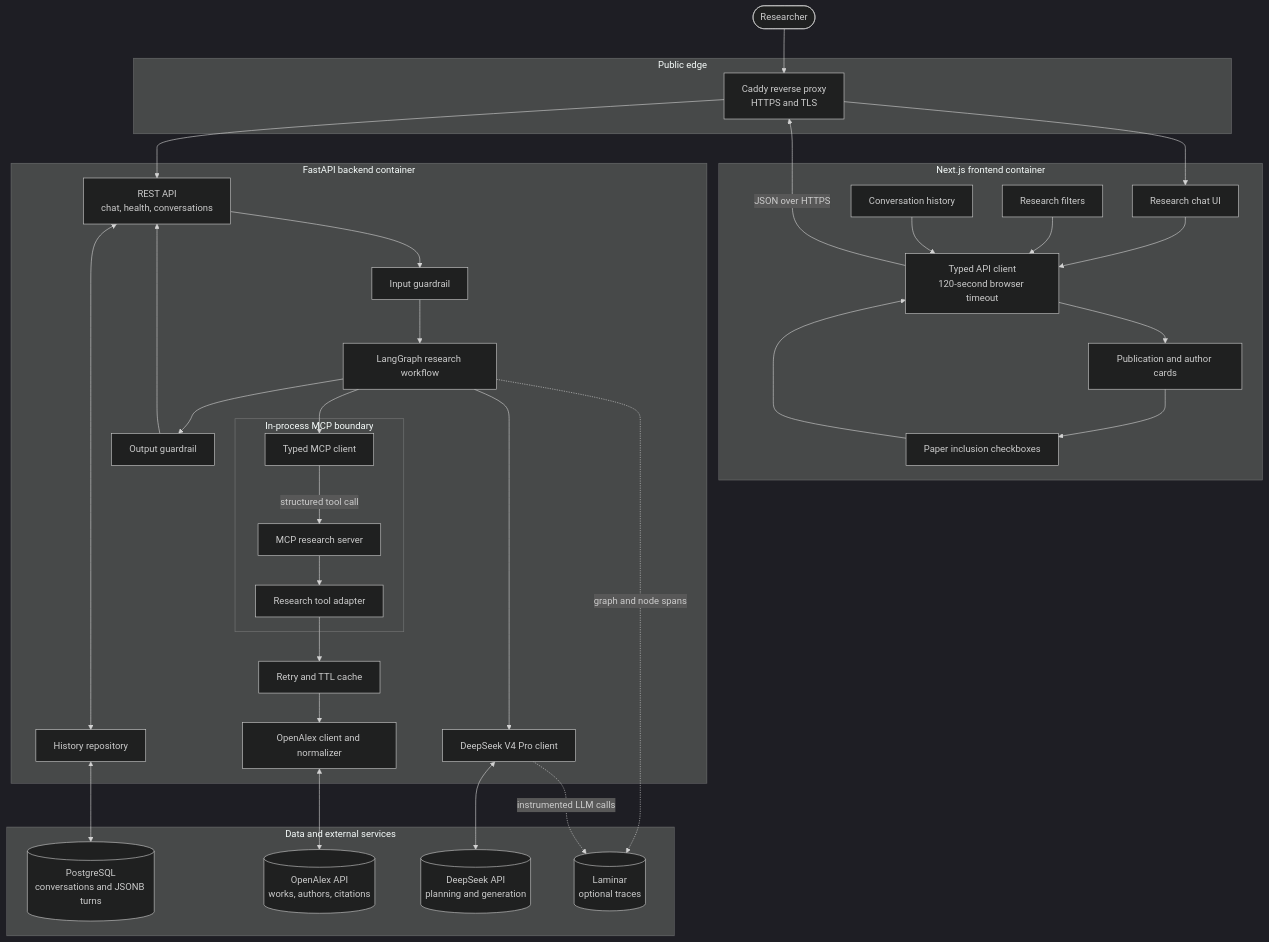
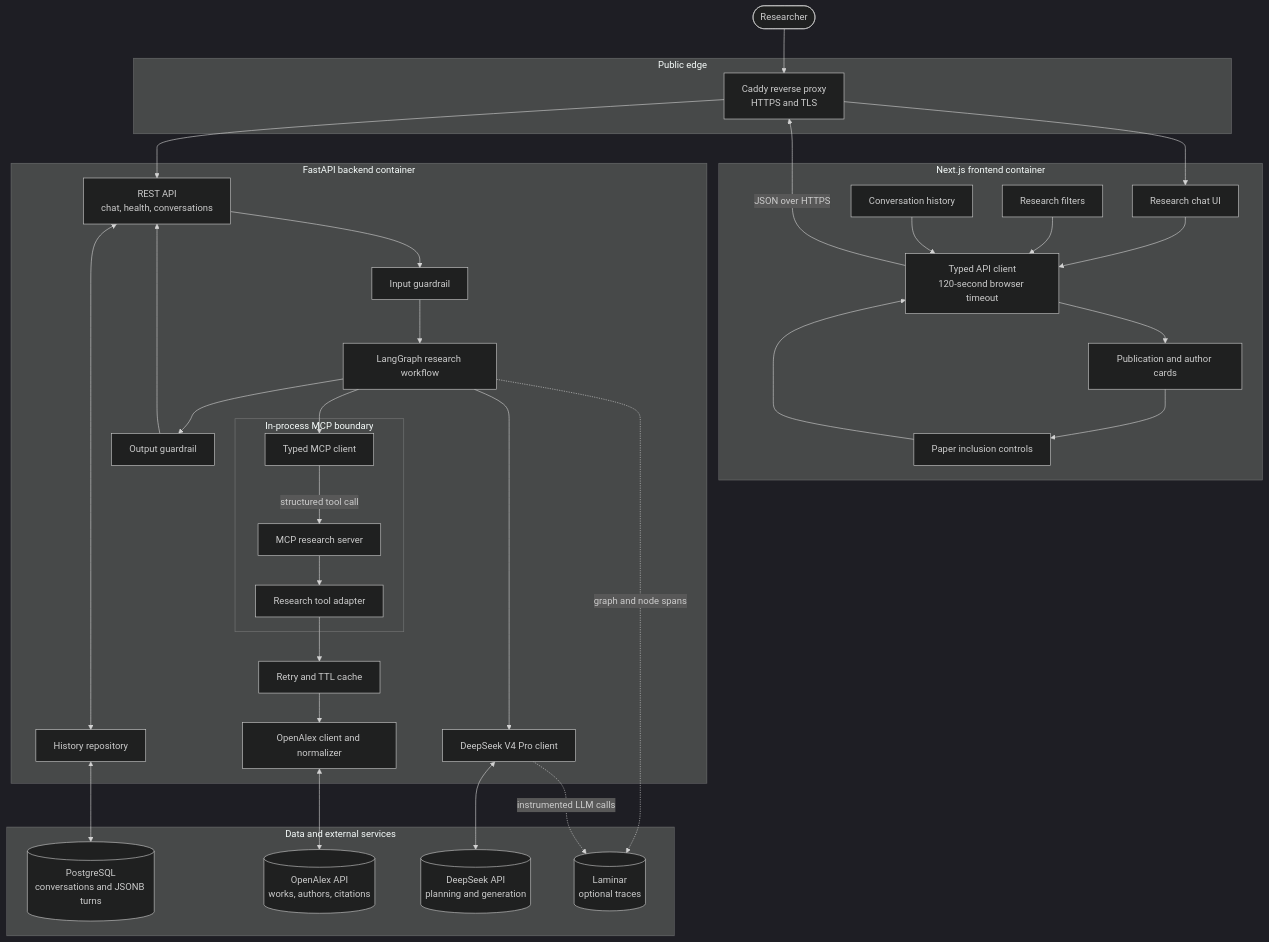
The first of 4 diagrams in docs/architecture.md (Yarroudh/Literae), drawn with Mermaid (dark theme) before and after one commit. The commit also changed other lines of this file and 1 other file, not shown here.

Commit message:
Replace static request flow with Mermaid diagram

````diff
--- a/docs/architecture.md
+++ b/docs/architecture.md
@@ -7,65 +7,65 @@
 ```mermaid
 flowchart TB
     User([Researcher])
 
     subgraph Public[Public edge]
         Caddy[Caddy reverse proxy<br/>HTTPS and TLS]
     end
 
     subgraph Frontend[Next.js frontend container]
         UI[Research chat UI]
         Filters[Research filters]
         Cards[Publication and author cards]
-        Selection[Paper inclusion checkboxes]
+        Selection[Paper inclusion controls]
         HistoryUI[Conversation history]
         ApiClient[Typed API client<br/>120-second browser timeout]
         UI --> ApiClient
         Filters --> ApiClient
         ApiClient --> Cards
         Cards --> Selection --> ApiClient
         HistoryUI --> ApiClient
     end
 
     subgraph Backend[FastAPI backend container]
         Routes[REST API<br/>chat, health, conversations]
         InputGuard[Input guardrail]
         Workflow[LangGraph research workflow]
         OutputGuard[Output guardrail]
         HistoryRepo[History repository]
         DeepSeek[DeepSeek V4 Pro client]
 
         subgraph ResearchBoundary[In-process MCP boundary]
             MCPClient[Typed MCP client]
             MCPServer[MCP research server]
             Tools[Research tool adapter]
             MCPClient -->|structured tool call| MCPServer
             MCPServer --> Tools
         end
 
         Resilience[Retry and TTL cache]
         OpenAlexClient[OpenAlex client and normalizer]
 
         Routes --> InputGuard --> Workflow
         Workflow --> DeepSeek
         Workflow --> MCPClient
         Tools --> Resilience --> OpenAlexClient
         Workflow --> OutputGuard --> Routes
         Routes <--> HistoryRepo
     end
 
     subgraph Data[Data and external services]
         PostgreSQL[(PostgreSQL<br/>conversations and JSONB turns)]
         OpenAlex[(OpenAlex API<br/>works, authors, citations)]
         DeepSeekAPI[(DeepSeek API<br/>planning and generation)]
         Laminar[(Laminar<br/>optional traces)]
     end
 
     User --> Caddy --> UI
     ApiClient -->|JSON over HTTPS| Caddy
     Caddy --> Routes
     HistoryRepo <--> PostgreSQL
     OpenAlexClient <--> OpenAlex
     DeepSeek <--> DeepSeekAPI
     Workflow -. graph and node spans .-> Laminar
     DeepSeek -. instrumented LLM calls .-> Laminar
 ```
````
